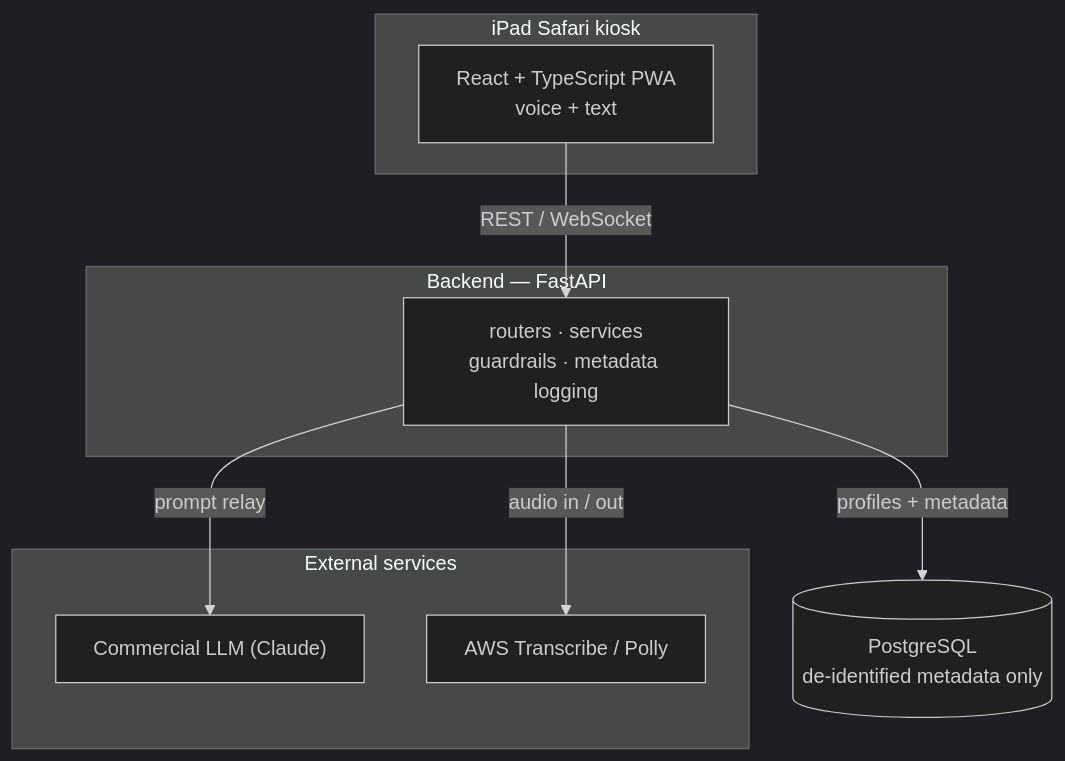
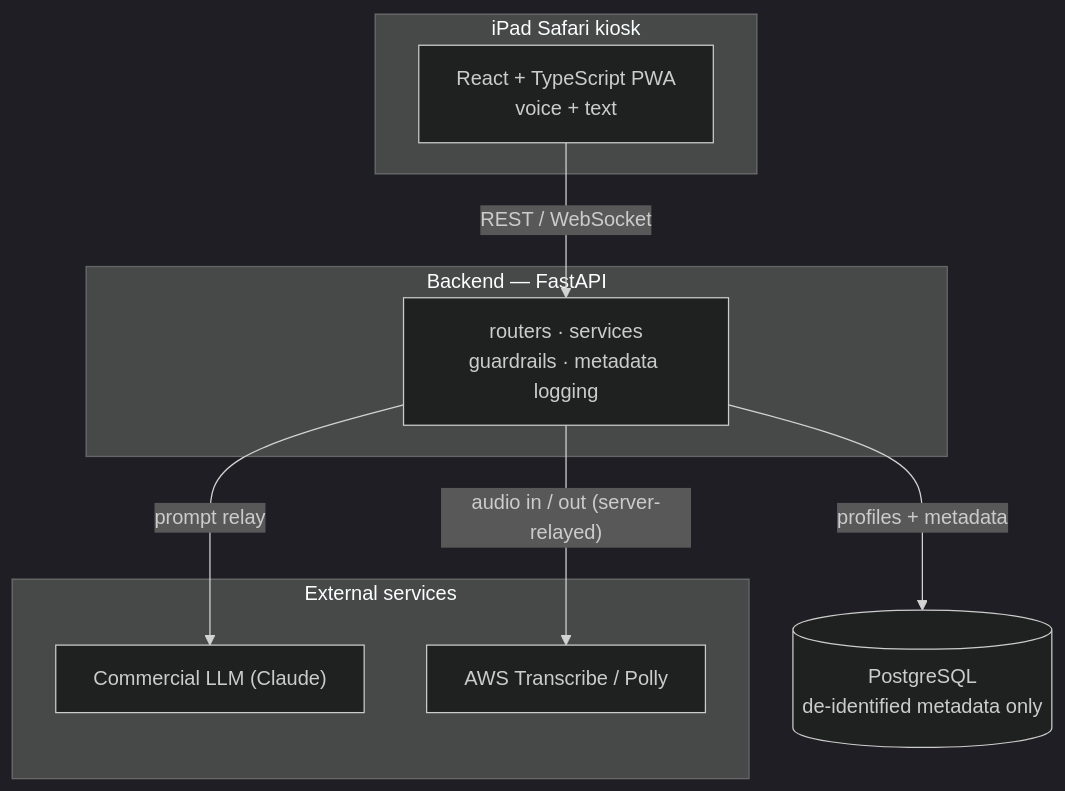
The first of 3 diagrams in docs/architecture.md (back99/mci-chatbot-showcase), drawn with Mermaid (dark theme) before and after one commit. The commit also changed other lines of this file, not shown here.

First line of the commit message:
Deepen architecture doc: backend layering, API contract semantics, frontend

````diff
--- a/docs/architecture.md
+++ b/docs/architecture.md
@@ -14,19 +20,19 @@
 ```mermaid
 flowchart TB
     subgraph Kiosk["iPad Safari kiosk"]
         FE["React + TypeScript PWA<br/>voice + text"]
     end
     subgraph Server["Backend — FastAPI"]
         API["routers · services<br/>guardrails · metadata logging"]
     end
     subgraph External["External services"]
         LLM["Commercial LLM (Claude)"]
         VOICE["AWS Transcribe / Polly"]
     end
     DB[("PostgreSQL<br/>de-identified metadata only")]
 
     FE -->|"REST / WebSocket"| API
     API -->|"prompt relay"| LLM
-    API -->|"audio in / out"| VOICE
+    API -->|"audio in / out (server-relayed)"| VOICE
     API -->|"profiles + metadata"| DB
 ```
````
